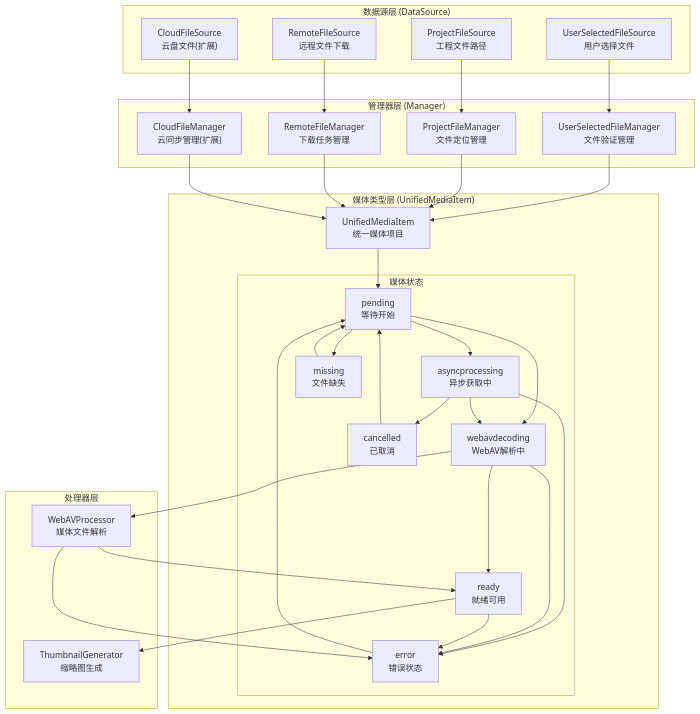
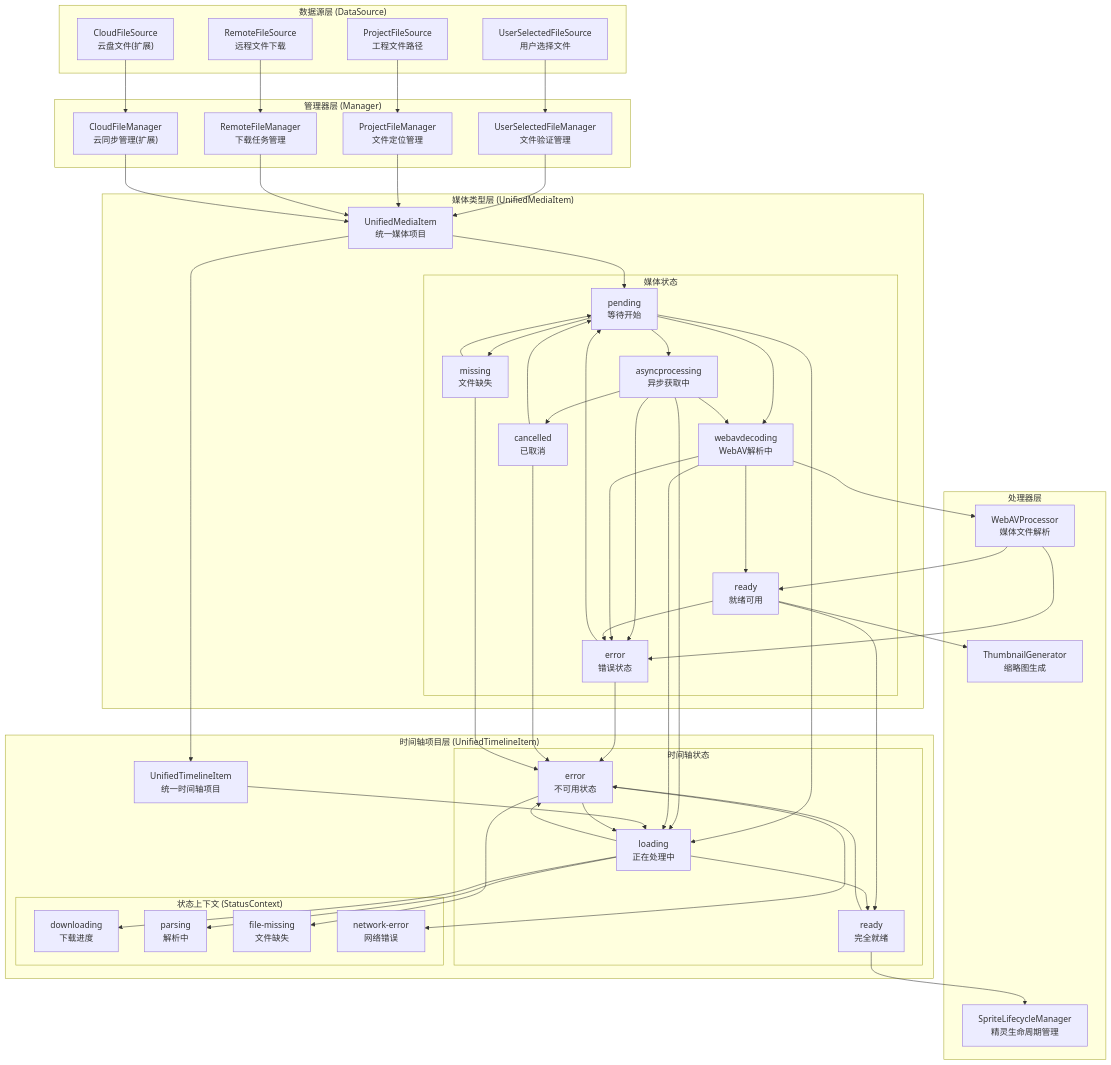
The first of 6 diagrams in docs/重构文档/数据源管理器媒体类型流转过程总结.md (LyazS/aivideoeditor), drawn with Mermaid before and after one commit. The commit also changed other lines of this file and 10 other files, not shown here.

````diff
--- a/docs/重构文档/数据源管理器媒体类型流转过程总结.md
+++ b/docs/重构文档/数据源管理器媒体类型流转过程总结.md
@@ -47,15 +47,33 @@
     %% 媒体类型层
     subgraph MediaLayer["媒体类型层 (UnifiedMediaItem)"]
         UMI["UnifiedMediaItem<br/>统一媒体项目"]
-        
-        subgraph States["媒体状态"]
-            S1["pending<br/>等待开始"]
-            S2["asyncprocessing<br/>异步获取中"]
-            S3["webavdecoding<br/>WebAV解析中"]
-            S4["ready<br/>就绪可用"]
-            S5["error<br/>错误状态"]
-            S6["cancelled<br/>已取消"]
-            S7["missing<br/>文件缺失"]
+
+        subgraph MediaStates["媒体状态"]
+            MS1["pending<br/>等待开始"]
+            MS2["asyncprocessing<br/>异步获取中"]
+            MS3["webavdecoding<br/>WebAV解析中"]
+            MS4["ready<br/>就绪可用"]
+            MS5["error<br/>错误状态"]
+            MS6["cancelled<br/>已取消"]
+            MS7["missing<br/>文件缺失"]
+        end
+    end
+
+    %% 时间轴项目层
+    subgraph TimelineLayer["时间轴项目层 (UnifiedTimelineItem)"]
+        UTI["UnifiedTimelineItem<br/>统一时间轴项目"]
+
+        subgraph TimelineStates["时间轴状态"]
+            TS1["ready<br/>完全就绪"]
+            TS2["loading<br/>正在处理中"]
+            TS3["error<br/>不可用状态"]
+        end
+
+        subgraph StatusContext["状态上下文 (StatusContext)"]
+            SC1["downloading<br/>下载进度"]
+            SC2["parsing<br/>解析中"]
+            SC3["file-missing<br/>文件缺失"]
+            SC4["network-error<br/>网络错误"]
         end
     end
 
@@ -63,6 +81,7 @@
     subgraph Processors["处理器层"]
         WAP["WebAVProcessor<br/>媒体文件解析"]
         TG["ThumbnailGenerator<br/>缩略图生成"]
+        SLM["SpriteLifecycleManager<br/>精灵生命周期管理"]
     end
 
     %% 数据源到管理器的映射
@@ -77,24 +96,50 @@
     RFM --> UMI
     CFM --> UMI
 
-    %% 状态转换流程
-    UMI --> S1
-    S1 --> S2
-    S1 --> S3
-    S1 --> S7
-    S2 --> S3
-    S2 --> S5
-    S2 --> S6
-    S3 --> S4
-    S3 --> S5
-    S4 --> S5
-    S5 --> S1
-    S6 --> S1
-    S7 --> S1
+    %% 媒体状态转换流程
+    UMI --> MS1
+    MS1 --> MS2
+    MS1 --> MS3
+    MS1 --> MS7
+    MS2 --> MS3
+    MS2 --> MS5
+    MS2 --> MS6
+    MS3 --> MS4
+    MS3 --> MS5
+    MS4 --> MS5
+    MS5 --> MS1
+    MS6 --> MS1
+    MS7 --> MS1
+
+    %% 媒体项目到时间轴项目的关联
+    UMI --> UTI
+
+    %% 媒体状态到时间轴状态的映射
+    MS1 --> TS2
+    MS2 --> TS2
+    MS3 --> TS2
+    MS4 --> TS1
+    MS5 --> TS3
+    MS6 --> TS3
+    MS7 --> TS3
+
+    %% 时间轴状态转换流程
+    UTI --> TS2
+    TS2 --> TS1
+    TS2 --> TS3
+    TS1 --> TS3
+    TS3 --> TS2
+
+    %% 状态上下文关联
+    TS2 --> SC1
+    TS2 --> SC2
+    TS3 --> SC3
+    TS3 --> SC4
 
     %% 处理器参与
-    S3 --> WAP
-    WAP --> S4
-    WAP --> S5
-    S4 --> TG
+    MS3 --> WAP
+    WAP --> MS4
+    WAP --> MS5
+    MS4 --> TG
+    TS1 --> SLM
 ```
````
